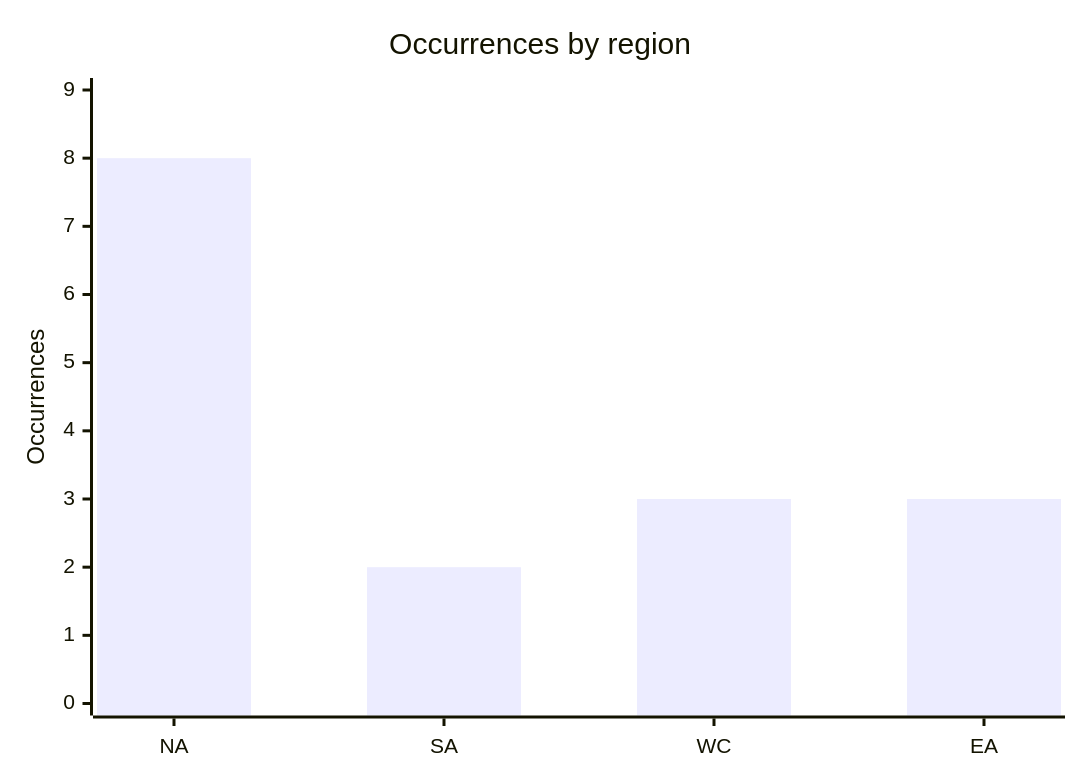
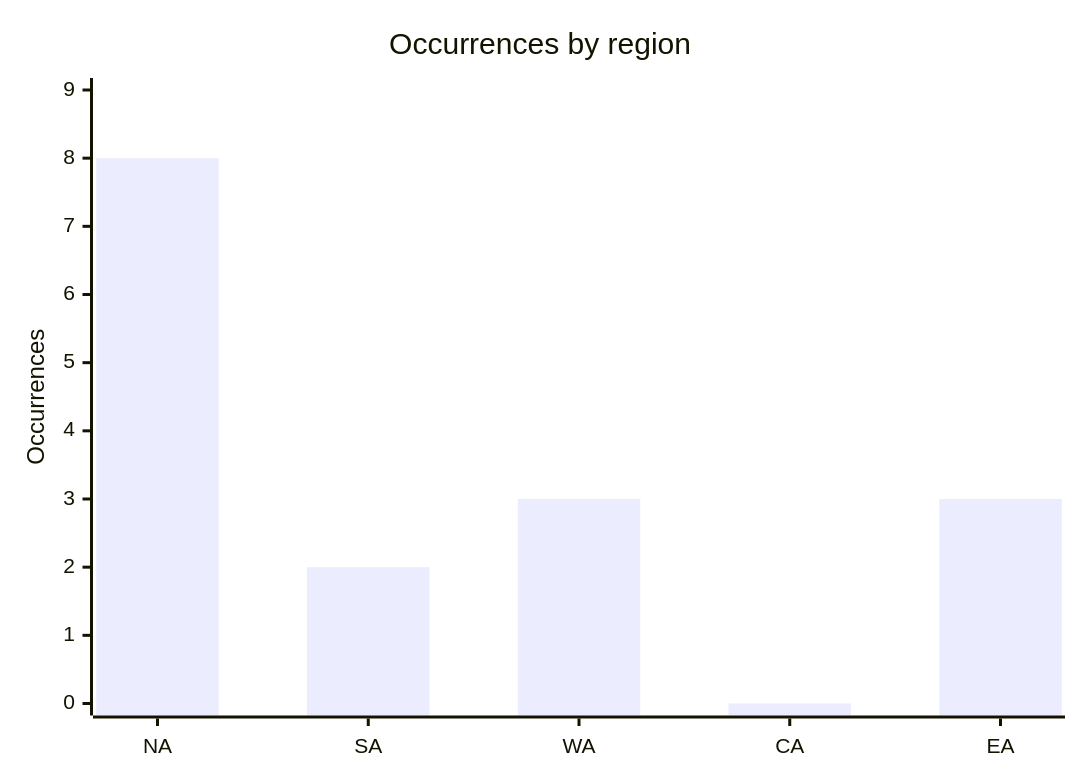
The fourth of 6 diagrams in CyberAttackAfrica/2025/01-january/README.md (Hatchepsoute/AFRINTEL), drawn with Mermaid before and after one commit. The commit also changed other lines of this file and 109 other files, not shown here.

````diff
--- a/CyberAttackAfrica/2025/01-january/README.md
+++ b/CyberAttackAfrica/2025/01-january/README.md
@@ -134,7 +135,7 @@
 ```mermaid
 xychart
     title "Occurrences by region"
-    x-axis ["NA","SA","WC","EA"]
+    x-axis ["NA","SA","WA","CA","EA"]
     y-axis "Occurrences" 0 --> 9
-    bar [8,2,3,3]
+    bar [8,2,3,0,3]
 ```
````
